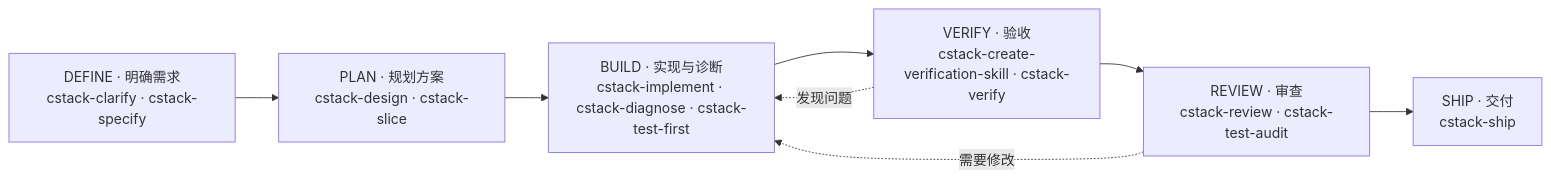
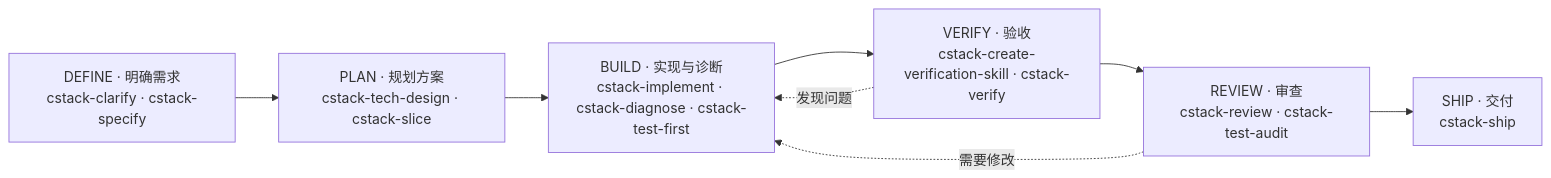
One commit to calvingit/cstack changed the diagram in README.md. Above: the diagram before and after it, drawn with Mermaid. The commit also changed other lines of this file and 18 other files, not shown here.

First line of the commit message:
Rename cstack-design to cstack-tech-design.

````diff
--- a/README.md
+++ b/README.md
@@ -5,10 +5,10 @@
 ```mermaid
 flowchart LR
-    DEFINE["DEFINE · 明确需求<br/>cstack-clarify · cstack-specify"] --> PLAN["PLAN · 规划方案<br/>cstack-design · cstack-slice"]
+    DEFINE["DEFINE · 明确需求<br/>cstack-clarify · cstack-specify"] --> PLAN["PLAN · 规划方案<br/>cstack-tech-design · cstack-slice"]
     PLAN --> BUILD["BUILD · 实现与诊断<br/>cstack-implement · cstack-diagnose · cstack-test-first"]
     BUILD --> VERIFY["VERIFY · 验收<br/>cstack-create-verification-skill · cstack-verify"]
     VERIFY --> REVIEW["REVIEW · 审查<br/>cstack-review · cstack-test-audit"]
     REVIEW --> SHIP["SHIP · 交付<br/>cstack-ship"]
     VERIFY -. 发现问题 .-> BUILD
     REVIEW -. 需要修改 .-> BUILD
 ```
````
